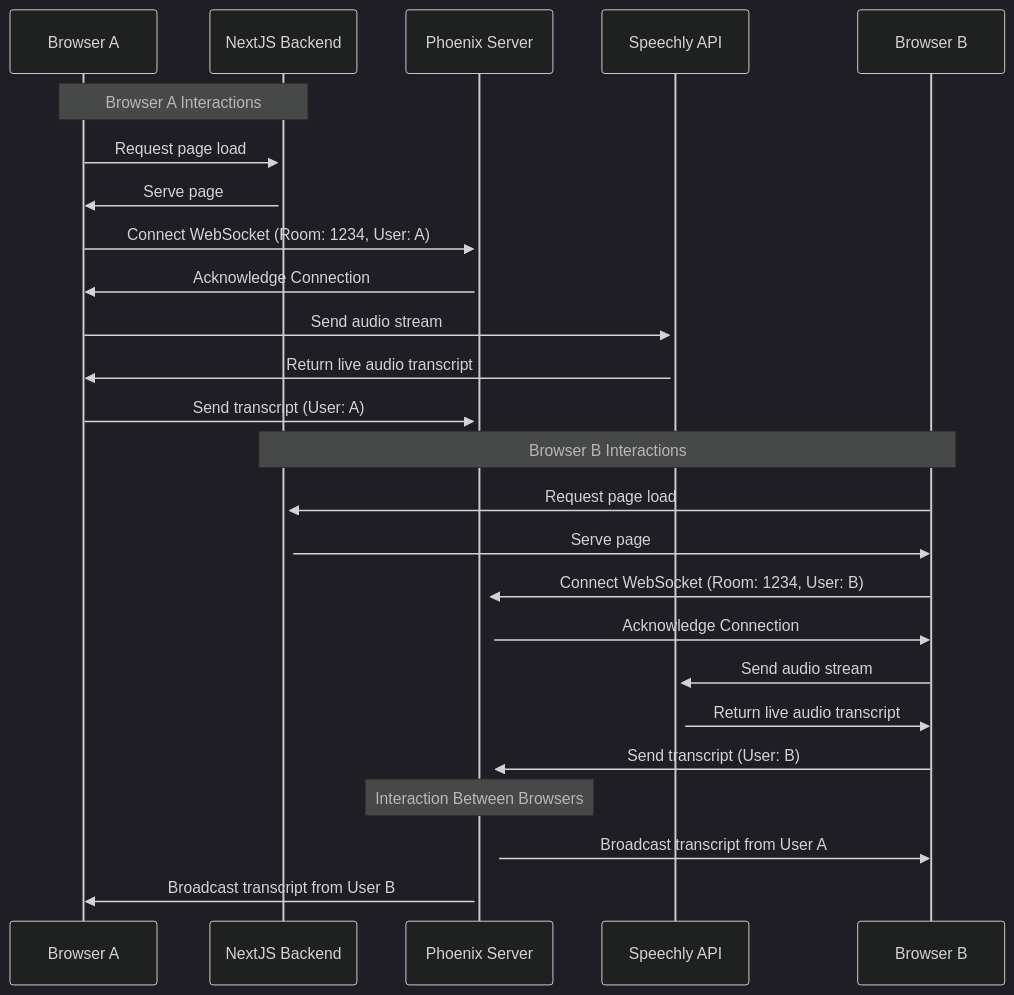
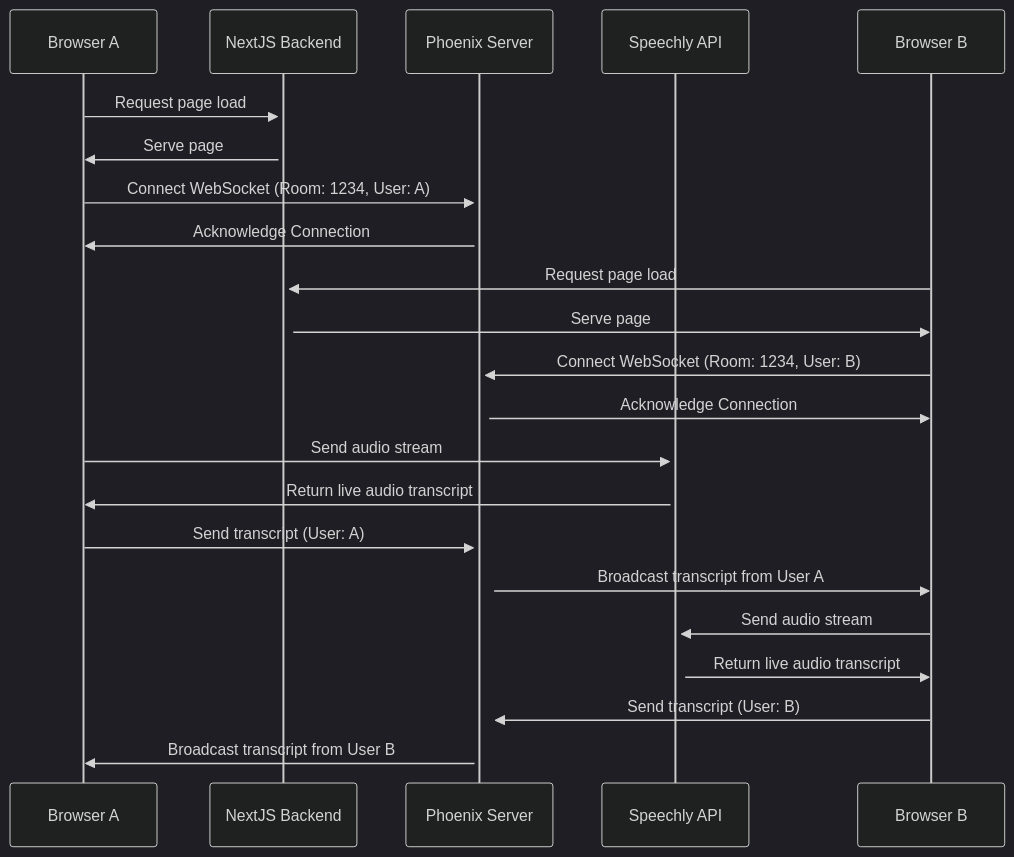
The diagram in README.md (mjftw/transcript-sandbox), drawn with Mermaid (dark theme) before and after one commit.

Commit message:
Reorder mermaid diagram for clarity

````diff
--- a/README.md
+++ b/README.md
@@ -13,31 +13,28 @@
 ```mermaid
 sequenceDiagram
     participant BrowserA as Browser A
     participant NextJSBackend as NextJS Backend
     participant PhoenixServer as Phoenix Server
     participant SpeechlyAPI as Speechly API
     participant BrowserB as Browser B
 
-    Note over BrowserA, NextJSBackend: Browser A Interactions
     BrowserA->>+NextJSBackend: Request page load
     NextJSBackend->>BrowserA: Serve page
     BrowserA->>+PhoenixServer: Connect WebSocket (Room: 1234, User: A)
     PhoenixServer->>BrowserA: Acknowledge Connection
-    BrowserA->>+SpeechlyAPI: Send audio stream
-    SpeechlyAPI->>BrowserA: Return live audio transcript
-    BrowserA->>+PhoenixServer: Send transcript (User: A)
 
-    Note over BrowserB, NextJSBackend: Browser B Interactions
     BrowserB->>+NextJSBackend: Request page load
     NextJSBackend->>BrowserB: Serve page
     BrowserB->>+PhoenixServer: Connect WebSocket (Room: 1234, User: B)
     PhoenixServer->>BrowserB: Acknowledge Connection
+
+    BrowserA->>+SpeechlyAPI: Send audio stream
+    SpeechlyAPI->>BrowserA: Return live audio transcript
+    BrowserA->>+PhoenixServer: Send transcript (User: A)
+    PhoenixServer->>BrowserB: Broadcast transcript from User A
+
     BrowserB->>+SpeechlyAPI: Send audio stream
     SpeechlyAPI->>BrowserB: Return live audio transcript
     BrowserB->>+PhoenixServer: Send transcript (User: B)
-
-    Note over PhoenixServer: Interaction Between Browsers
-    PhoenixServer->>BrowserB: Broadcast transcript from User A
     PhoenixServer->>BrowserA: Broadcast transcript from User B
-
 ```
````
